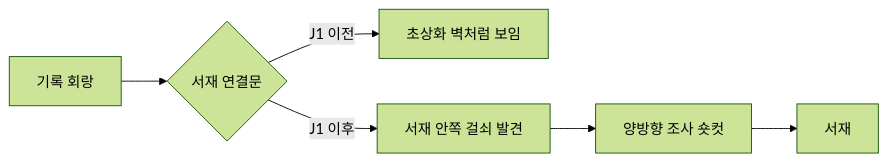
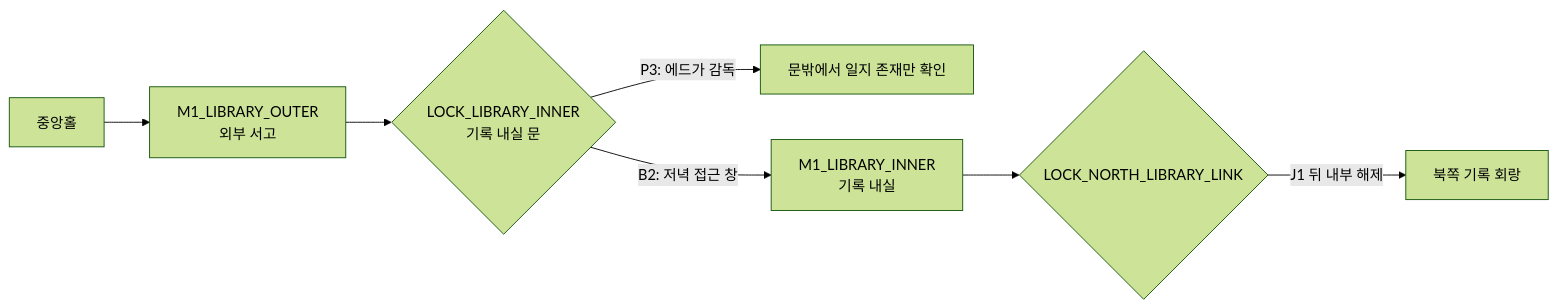
Before and after one commit to devb-eru/ggb: the fourth of 9 diagrams in ideas/md/v04/05_공간구성지도_및_동선.md, drawn with Mermaid (forest theme). The commit also changed other lines of this file and 1 other file, not shown here.

````diff
--- a/ideas/md/v04/05_공간구성지도_및_동선.md
+++ b/ideas/md/v04/05_공간구성지도_및_동선.md
@@ -85,8 +318,9 @@
 ```mermaid
 flowchart LR
-    NORTH["기록 회랑"] --> DOOR{"서재 연결문"}
-    DOOR -->|J1 이전| LOCK["초상화 벽처럼 보임"]
-    DOOR -->|J1 이후| LATCH["서재 안쪽 걸쇠 발견"]
-    LATCH --> SHORT["양방향 조사 숏컷"]
-    SHORT --> LIB["서재"]
+    HALL["중앙홀"] --> OUTER["M1_LIBRARY_OUTER<br/>외부 서고"]
+    OUTER --> GATE{"LOCK_LIBRARY_INNER<br/>기록 내실 문"}
+    GATE -- "P3: 에드가 감독" --> VIEW["문밖에서 일지 존재만 확인"]
+    GATE -- "B2: 저녁 접근 창" --> INNER["M1_LIBRARY_INNER<br/>기록 내실"]
+    INNER --> LATCH{"LOCK_NORTH_LIBRARY_LINK"}
+    LATCH -- "J1 뒤 내부 해제" --> NORTH["북쪽 기록 회랑"]
 ```
````
